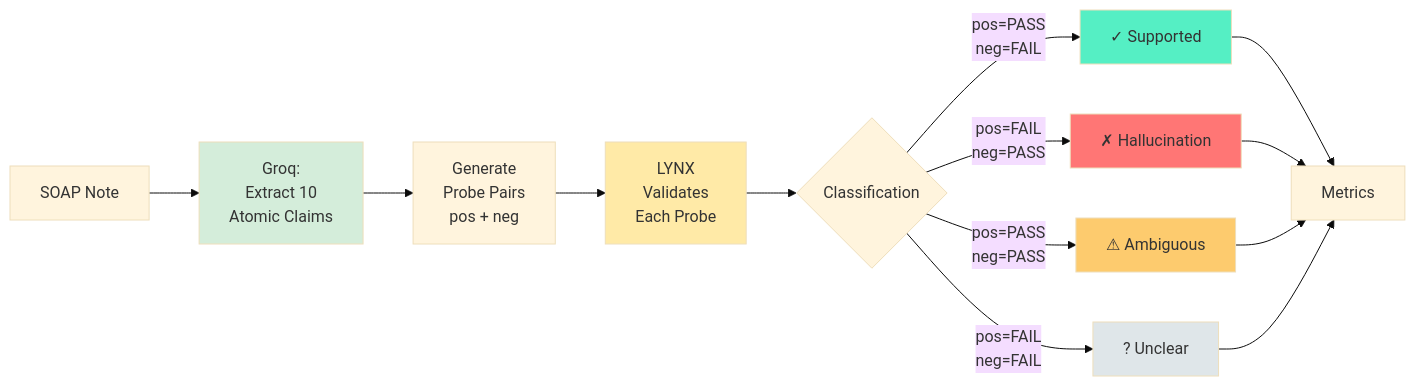
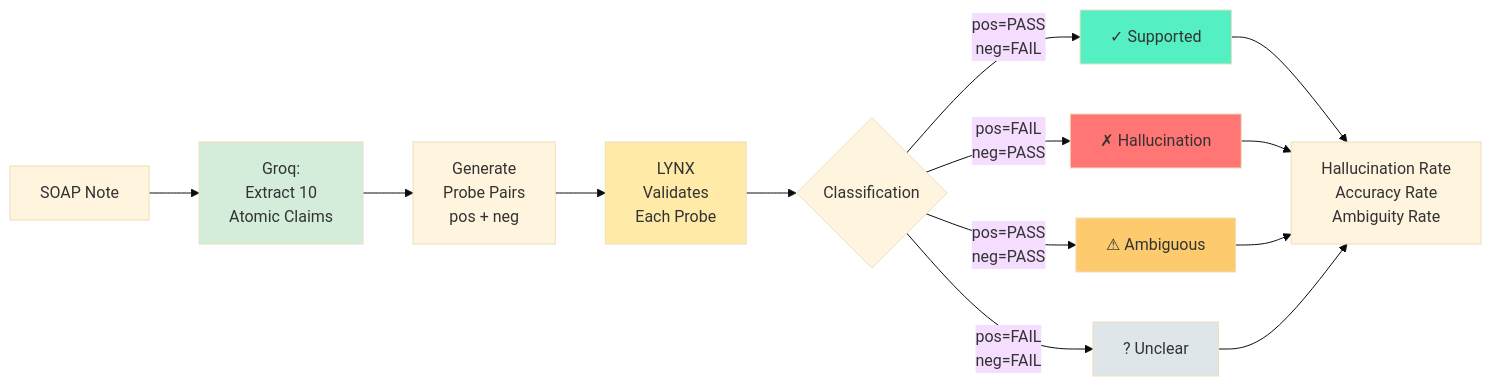
Before and after one commit to snehitvaddi/SOAP-QualitySuite: the third of 3 diagrams in README.md, drawn with Mermaid (base theme).

Commit message:
Update metrics labels in README.md

````diff
--- a/README.md
+++ b/README.md
@@ -203,24 +203,24 @@
 ```mermaid
 graph LR
     A[SOAP Note] --> B[Groq:<br/>Extract 10<br/>Atomic Claims]
     B --> C[Generate<br/>Probe Pairs<br/>pos + neg]
     C --> D[LYNX<br/>Validates<br/>Each Probe]
     D --> E{Classification}
     
     E -->|pos=PASS<br/>neg=FAIL| F[✓ Supported]
     E -->|pos=FAIL<br/>neg=PASS| G[✗ Hallucination]
     E -->|pos=PASS<br/>neg=PASS| H[⚠ Ambiguous]
     E -->|pos=FAIL<br/>neg=FAIL| I[? Unclear]
     
-    F --> J[Metrics]
+    F --> J[Hallucination Rate<br/>Accuracy Rate<br/>Ambiguity Rate]
     G --> J
     H --> J
     I --> J
     
     style B fill:#d4edda
     style D fill:#ffeaa7
     style F fill:#55efc4
     style G fill:#ff7675
     style H fill:#fdcb6e
     style I fill:#dfe6e9
 ```
````
